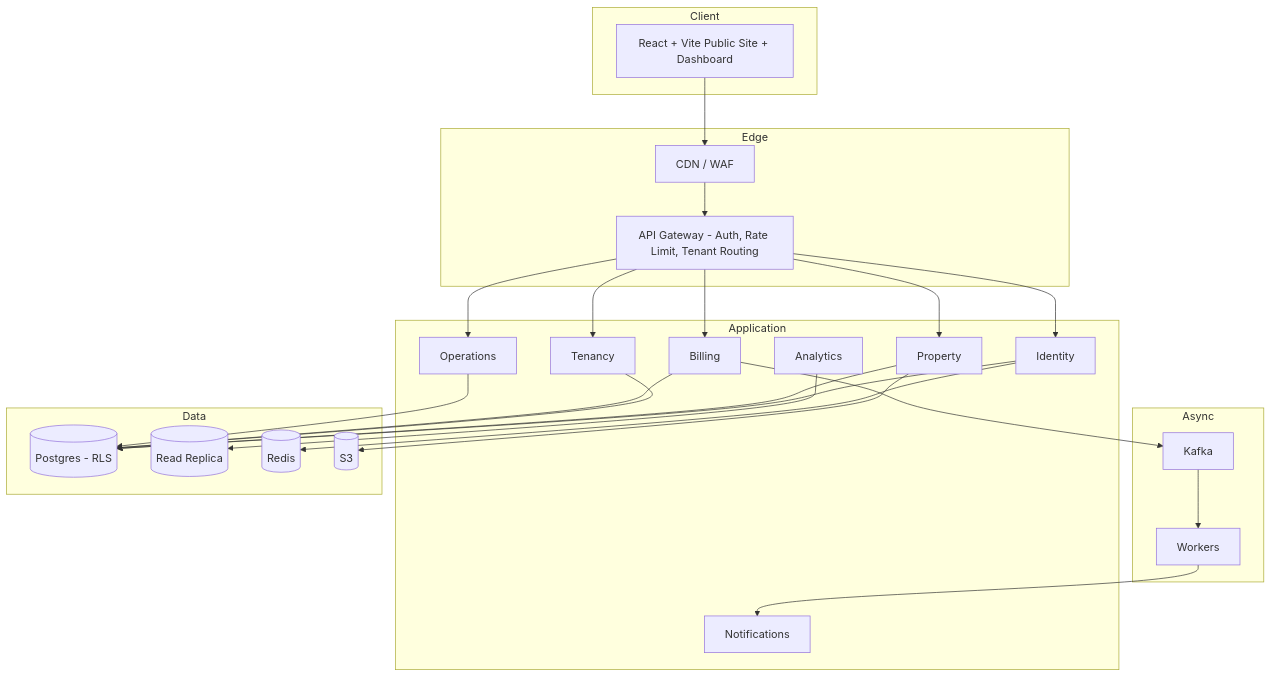
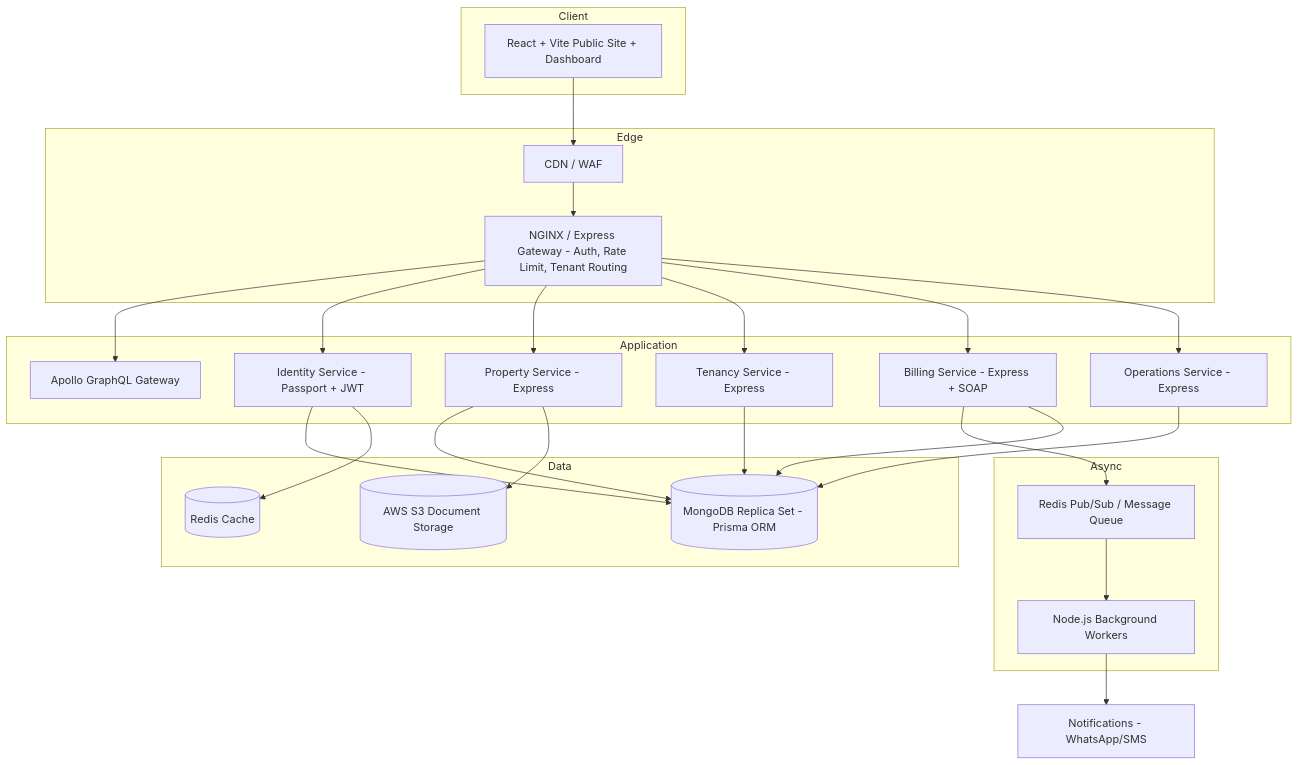
Before and after one commit to ayushman-glb/PG-Management-System: the first of 2 diagrams in docs/System.md, drawn with Mermaid. The commit also changed other lines of this file and 4 other files, not shown here.

````diff
--- a/docs/System.md
+++ b/docs/System.md
@@ -34,37 +34,34 @@
 ```mermaid
 flowchart TB
     subgraph Client
         WEB[React + Vite Public Site + Dashboard]
     end
     subgraph Edge
         CDN[CDN / WAF]
-        GW[API Gateway - Auth, Rate Limit, Tenant Routing]
+        GW[NGINX / Express Gateway - Auth, Rate Limit, Tenant Routing]
     end
     subgraph Application
-        IDN[Identity]
-        PROP[Property]
-        TEN[Tenancy]
-        BILL[Billing]
-        OPS[Operations]
-        NOTIF[Notifications]
-        ANLY[Analytics]
+        IDN[Identity Service - Passport + JWT]
+        PROP[Property Service - Express]
+        TEN[Tenancy Service - Express]
+        BILL[Billing Service - Express + SOAP]
+        OPS[Operations Service - Express]
+        GQL[Apollo GraphQL Gateway]
     end
     subgraph Async
-        MQ[Kafka]
-        WORKER[Workers]
+        MQ[Redis Pub/Sub / Message Queue]
+        WORKER[Node.js Background Workers]
     end
     subgraph Data
-        PG[(Postgres - RLS)]
-        REPLICA[(Read Replica)]
-        REDIS[(Redis)]
-        S3[(S3)]
+        MONGO[(MongoDB Replica Set - Prisma ORM)]
+        REDIS[(Redis Cache)]
+        S3[(AWS S3 Document Storage)]
     end
 
-    WEB --> CDN --> GW --> IDN & PROP & TEN & BILL & OPS
+    WEB --> CDN --> GW --> GQL & IDN & PROP & TEN & BILL & OPS
     BILL --> MQ --> WORKER
-    WORKER --> NOTIF
-    IDN & PROP & TEN & BILL & OPS --> PG
-    ANLY --> REPLICA
+    WORKER --> NOTIF[Notifications - WhatsApp/SMS]
+    IDN & PROP & TEN & BILL & OPS --> MONGO
     IDN --> REDIS
     PROP --> S3
 ```
````
